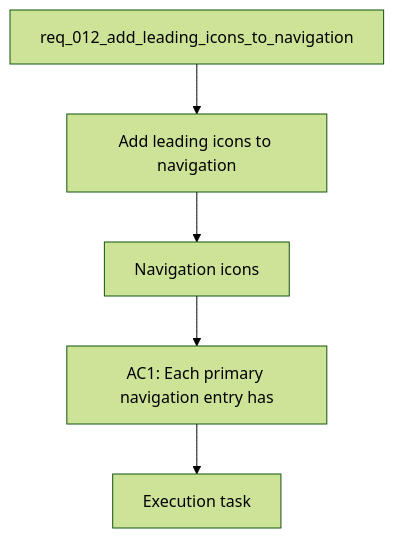
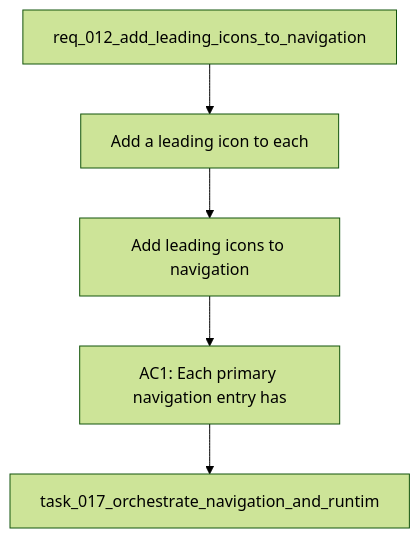
The diagram in logics/backlog/item_043_add_leading_icons_to_navigation.md (AlexAgo83/deepvault), drawn with Mermaid (forest theme) before and after one commit. The commit also changed 57 other files, not shown here.

````diff
--- a/logics/backlog/item_043_add_leading_icons_to_navigation.md
+++ b/logics/backlog/item_043_add_leading_icons_to_navigation.md
@@ -23,9 +23,9 @@
 ```mermaid
 %% logics-kind: backlog
-%% logics-signature: backlog|add-leading-icons-to-navigation|req-012-add-leading-icons-to-navigatio|add-a-leading-icon-to-each|ac1-each-primary-navigation-entry-has
+%% logics-signature: backlog|add-leading-icons-to-navigation|req-012-add-leading-icons-to-navigation|add-a-leading-icon-to-each|ac1-each-primary-navigation-entry-has
 flowchart TD
-    Request[req_012_add_leading_icons_to_navigation] --> Problem[Add leading icons to navigation]
-    Problem --> Scope[Navigation icons]
+    Request[req_012_add_leading_icons_to_navigation] --> Problem[Add a leading icon to each]
+    Problem --> Scope[Add leading icons to navigation]
     Scope --> Acceptance[AC1: Each primary navigation entry has]
-    Acceptance --> Tasks[Execution task]
+    Acceptance --> Tasks[task_017_orchestrate_navigation_and_runtim]
 ```
````
